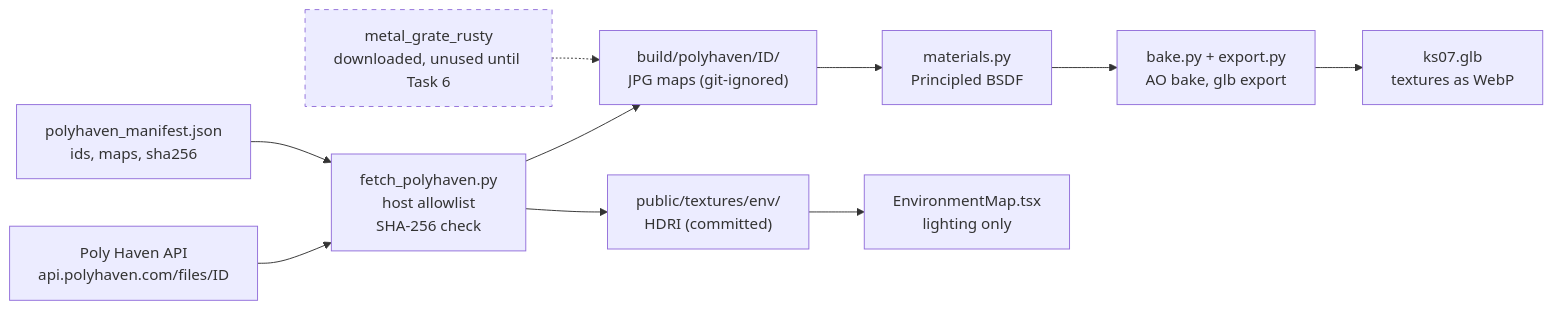
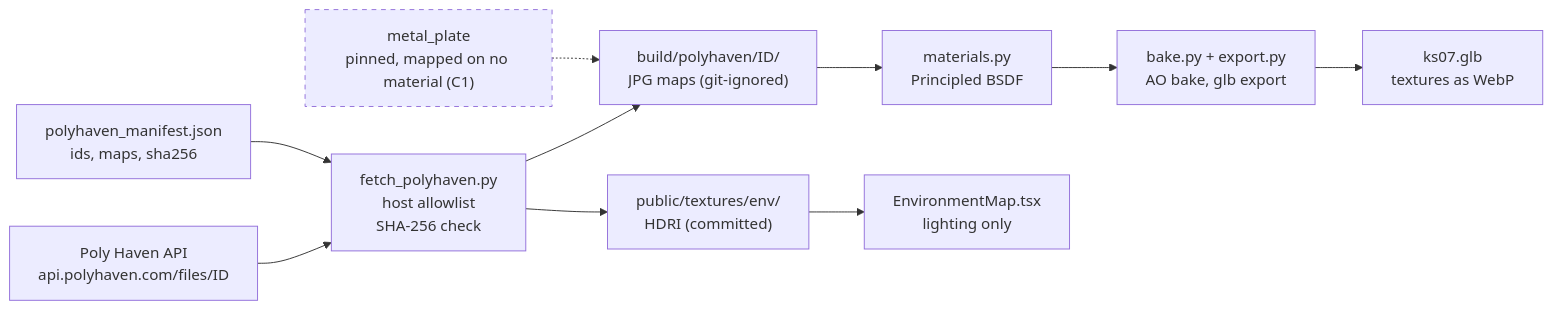
The diagram in docs/reference/ASSETS.md (Nagdy8888/PlumeTrace), drawn with Mermaid before and after one commit. The commit also changed other lines of this file and 58 other files, not shown here.

````diff
--- a/docs/reference/ASSETS.md
+++ b/docs/reference/ASSETS.md
@@ -21,14 +23,14 @@
 ```mermaid
 flowchart LR
     Api["Poly Haven API<br/>api.polyhaven.com/files/ID"] --> Fetch["fetch_polyhaven.py<br/>host allowlist<br/>SHA-256 check"]
     Man["polyhaven_manifest.json<br/>ids, maps, sha256"] --> Fetch
     Fetch --> Tex["build/polyhaven/ID/<br/>JPG maps (git-ignored)"]
     Fetch --> Hdri["public/textures/env/<br/>HDRI (committed)"]
     Tex --> Mat["materials.py<br/>Principled BSDF"]
     Mat --> Bake["bake.py + export.py<br/>AO bake, glb export"]
     Bake --> Glb["ks07.glb<br/>textures as WebP"]
     Hdri --> R3F["EnvironmentMap.tsx<br/>lighting only"]
-    Grate["metal_grate_rusty<br/>downloaded, unused until Task 6"] -.-> Tex
-    classDef planned stroke-dasharray: 5 5
-    class Grate planned
+    Plate["metal_plate<br/>pinned, mapped on no material (C1)"] -.-> Tex
+    classDef unused stroke-dasharray: 5 5
+    class Plate unused
 ```
````
